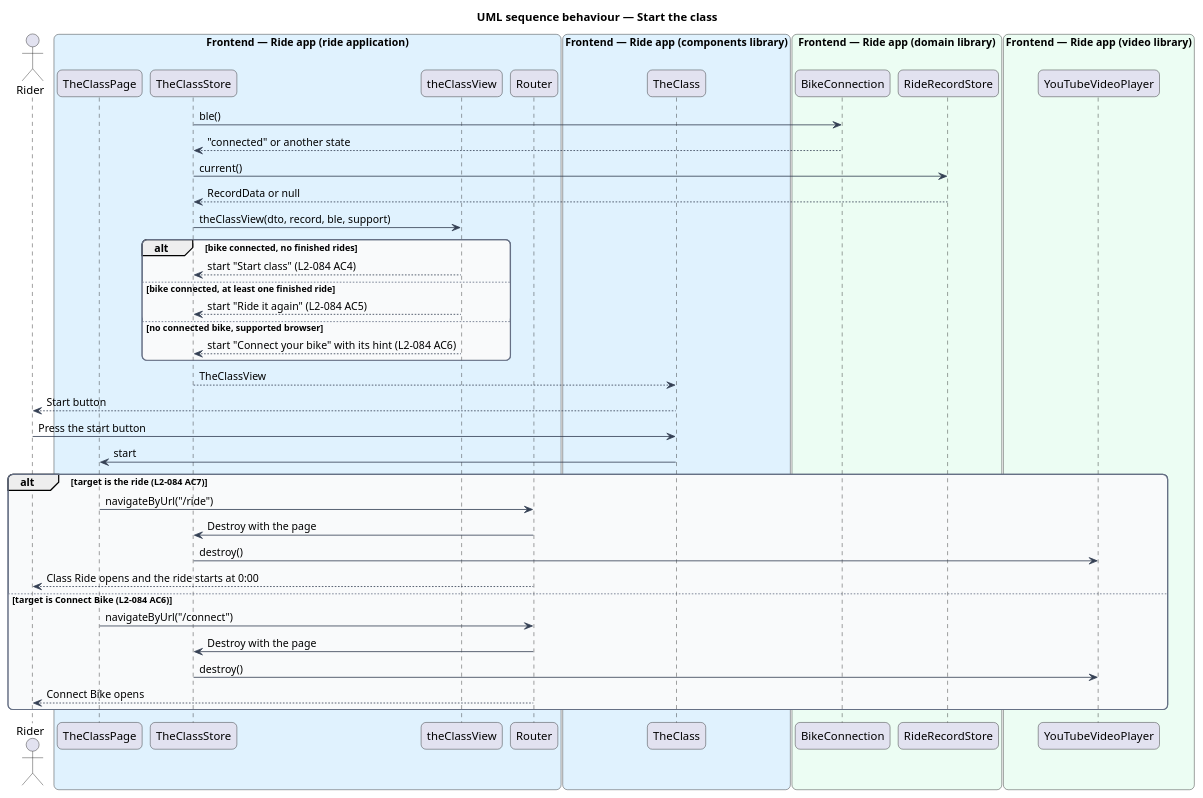
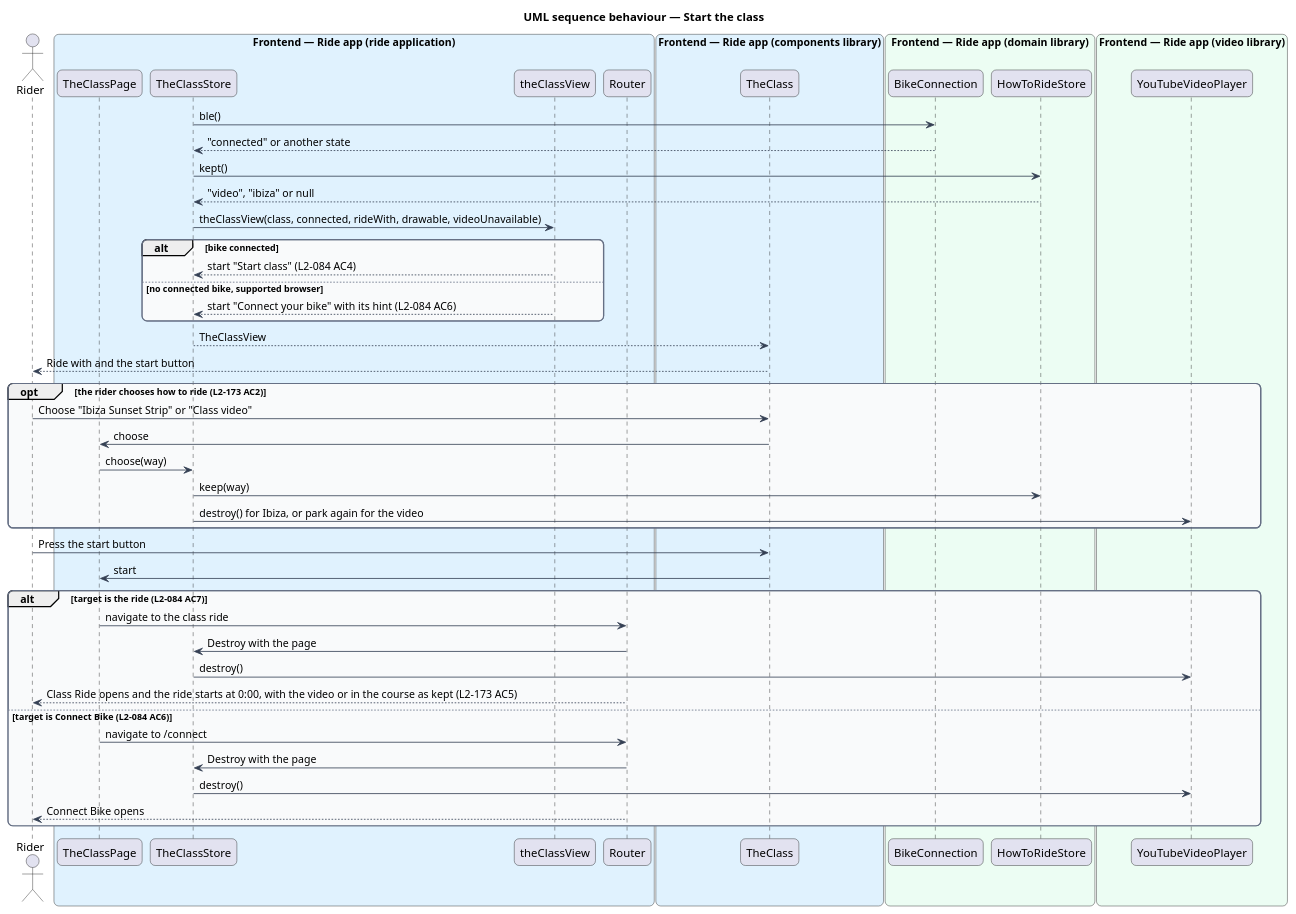
Before and after one commit to QuinntyneBrown/ride-one: the diagram in docs/detailed-designs/the-class/show-the-class/diagrams/sequence-start-the-class.puml, drawn with PlantUML. The commit also changed 183 other files, not shown here.

First line of the commit message:
Slice 30.2: The Class, with the choice of how to ride

```diff
--- a/docs/detailed-designs/the-class/show-the-class/diagrams/sequence-start-the-class.puml
+++ b/docs/detailed-designs/the-class/show-the-class/diagrams/sequence-start-the-class.puml
@@ -1,61 +1,66 @@
 @startuml
 title UML sequence behaviour — Start the class
 skinparam backgroundColor #FFFFFF
 skinparam shadowing false
 skinparam roundcorner 12
 skinparam defaultFontName Arial
 skinparam ArrowColor #344054
 skinparam rectangle {
   BorderColor #344054
   FontColor #101828
 }
 skinparam package {
   BorderColor #667085
   FontColor #101828
   BackgroundColor #F9FAFB
 }
 actor "Rider" as rider
 box "Frontend — Ride app (ride application)" #E0F2FE
   participant "TheClassPage" as page
   participant "TheClassStore" as store
   participant "theClassView" as view
   participant "Router" as router
 end box
 box "Frontend — Ride app (components library)" #E0F2FE
   participant "TheClass" as block
 end box
 box "Frontend — Ride app (domain library)" #ECFDF3
   participant "BikeConnection" as conn
-  participant "RideRecordStore" as record
+  participant "HowToRideStore" as how
 end box
 box "Frontend — Ride app (video library)" #ECFDF3
   participant "YouTubeVideoPlayer" as player
 end box
 store -> conn : ble()
 conn --> store : "connected" or another state
-store -> record : current()
-record --> store : RecordData or null
-store -> view : theClassView(dto, record, ble, support)
-alt bike connected, no finished rides
+store -> how : kept()
+how --> store : "video", "ibiza" or null
+store -> view : theClassView(class, connected, rideWith, drawable, videoUnavailable)
+alt bike connected
   view --> store : start "Start class" (L2-084 AC4)
-else bike connected, at least one finished ride
-  view --> store : start "Ride it again" (L2-084 AC5)
 else no connected bike, supported browser
   view --> store : start "Connect your bike" with its hint (L2-084 AC6)
 end
 store --> block : TheClassView
-block --> rider : Start button
+block --> rider : Ride with and the start button
+opt the rider chooses how to ride (L2-173 AC2)
+  rider -> block : Choose "Ibiza Sunset Strip" or "Class video"
+  block -> page : choose
+  page -> store : choose(way)
+  store -> how : keep(way)
+  store -> player : destroy() for Ibiza, or park again for the video
+end
 rider -> block : Press the start button
 block -> page : start
 alt target is the ride (L2-084 AC7)
-  page -> router : navigateByUrl("/ride")
+  page -> router : navigate to the class ride
   router -> store : Destroy with the page
   store -> player : destroy()
-  router --> rider : Class Ride opens and the ride starts at 0:00
+  router --> rider : Class Ride opens and the ride starts at 0:00, with the video or in the course as kept (L2-173 AC5)
 else target is Connect Bike (L2-084 AC6)
-  page -> router : navigateByUrl("/connect")
+  page -> router : navigate to /connect
   router -> store : Destroy with the page
   store -> player : destroy()
   router --> rider : Connect Bike opens
 end
 @enduml
```
